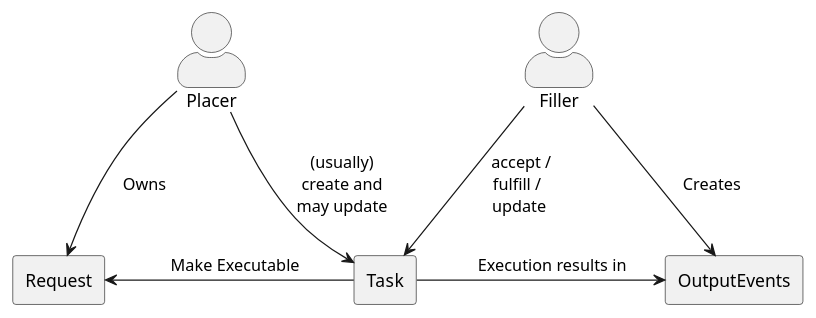
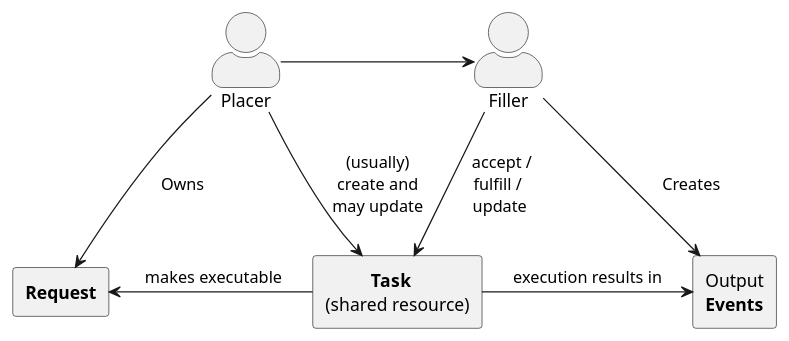
The diagram in input/images-source/relation-of-placer-request-task-output-filler.plantuml (HL7/fhir-cow-ig), drawn with PlantUML before and after one commit. The commit also changed 12 other files, not shown here.

```diff
--- a/input/images-source/relation-of-placer-request-task-output-filler.plantuml
+++ b/input/images-source/relation-of-placer-request-task-output-filler.plantuml
@@ -1,17 +1,19 @@
 @startuml
 	'skinparam linetype polyline
 	skinparam actorstyle awesome
 	
 	actor Placer
 	actor Filler
-	rectangle Request
-	rectangle Task
-	rectangle OutputEvents
+	rectangle "**Request**" as Request
+	rectangle "\t  **Task** \n(shared resource)" as Task
+	rectangle "Output\n**Events**" as OutputEvents
 	
-	Request <-r- Task : "\t  Make Executable  \t"
-	Task -r-> OutputEvents : "\t Execution results in \t"
+	Request <-r- Task : "   makes executable  "
+	Task -r-> OutputEvents : "  execution results in  "
 	Placer -d-> Request: "Owns                  "
+	Placer -r-> Filler: "     \t\t\t\t   "
 	Filler -d-> OutputEvents: "Creates"
 	Placer -d-> Task: "(usually)\ncreate and\nmay update"
 	Filler -d-> Task: "accept / \n fulfill /    \n update   "
+
 @enduml
```
